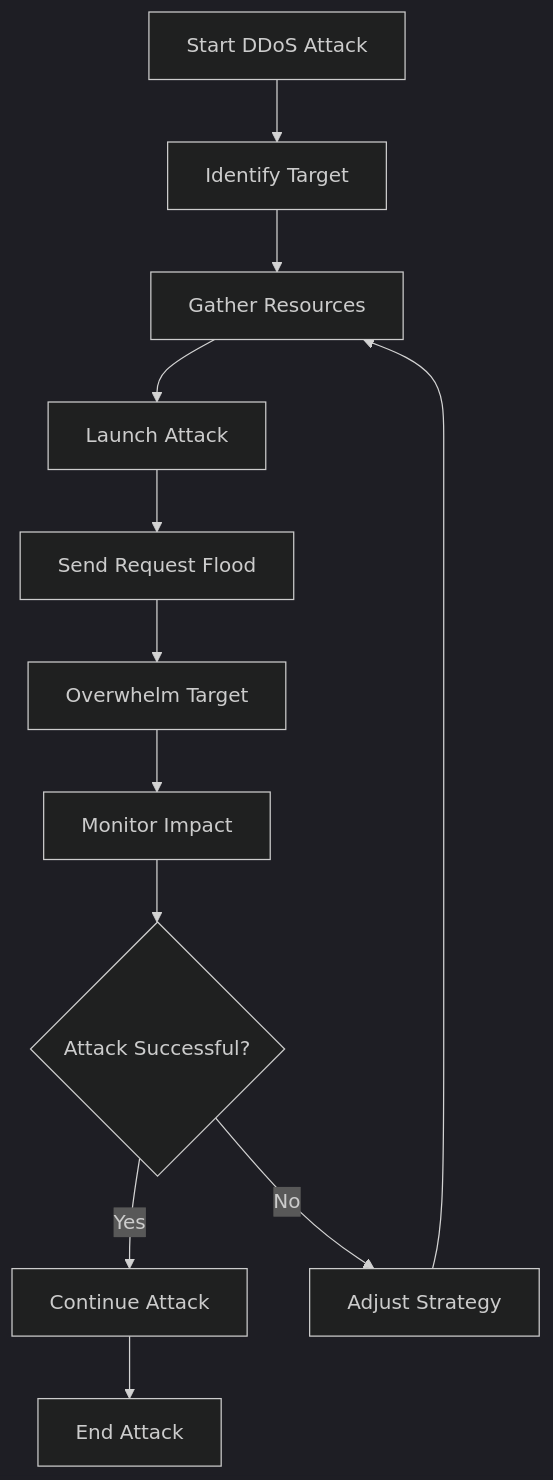
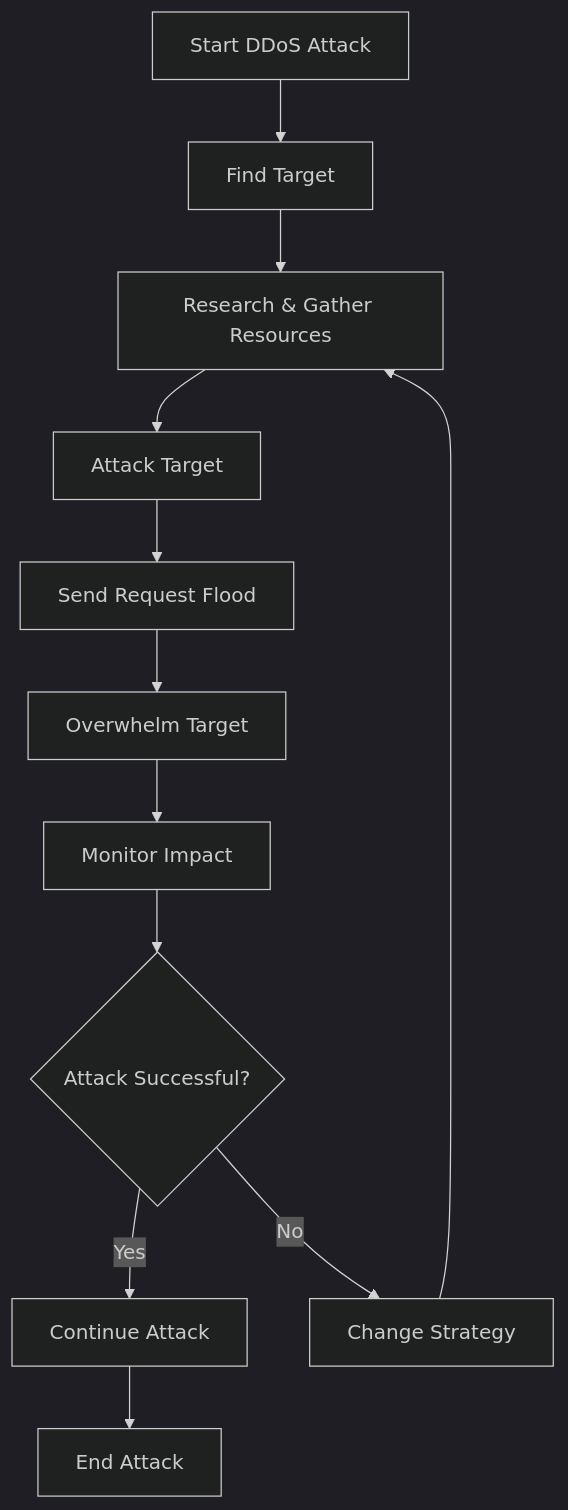
The diagram in DDoS_Attack_Sequence.md (Staiwo100/Staiwo100.Github.io), drawn with Mermaid (dark theme) before and after one commit.

Commit message:
Update DDoS_Attack_Sequence.md
Cleaned up and finished flowchart

````diff
--- a/DDoS_Attack_Sequence.md
+++ b/DDoS_Attack_Sequence.md
@@ -1,14 +1,14 @@
 ```mermaid
 flowchart TD
-    A[Start DDoS Attack] --> B[Identify Target]
-    B --> C[Gather Resources]
-    C --> D[Launch Attack]
+    A[Start DDoS Attack] --> B[Find Target]
+    B --> C[Research & Gather Resources]
+    C --> D[Attack Target]
     D --> E[Send Request Flood]
     E --> F[Overwhelm Target]
     F --> G[Monitor Impact]
     G --> H{Attack Successful?}
     H -->|Yes| I[Continue Attack]
-    H -->|No| J[Adjust Strategy]
+    H -->|No| J[Change Strategy]
     J --> C
     I --> K[End Attack]
 ```
````
